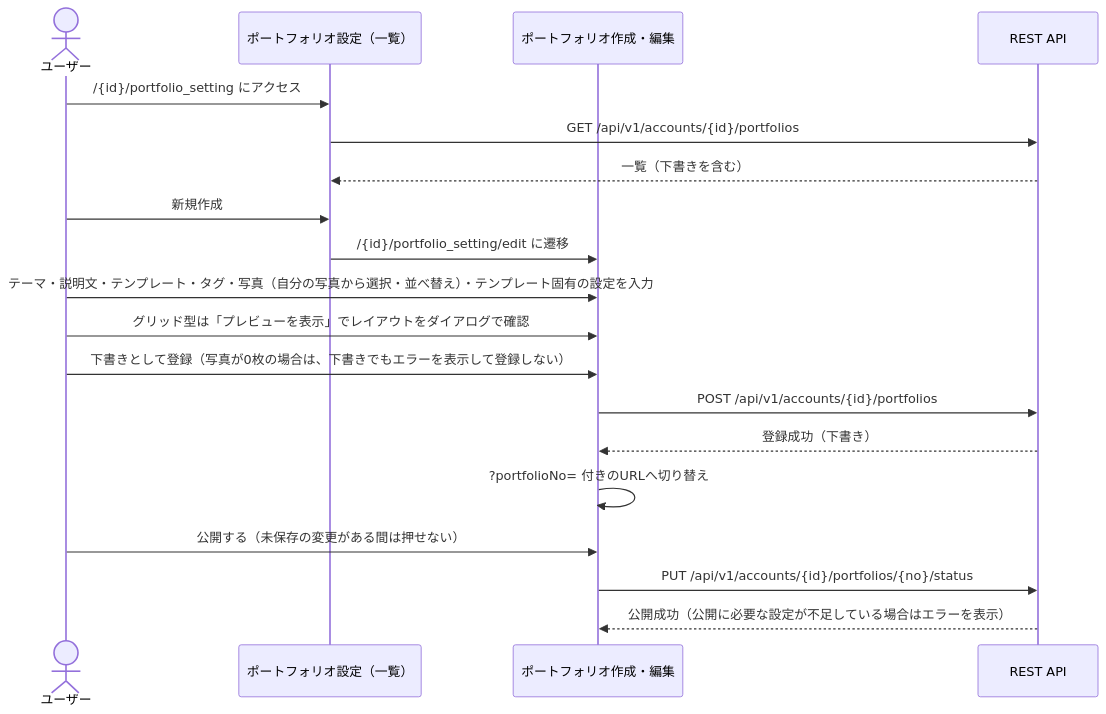
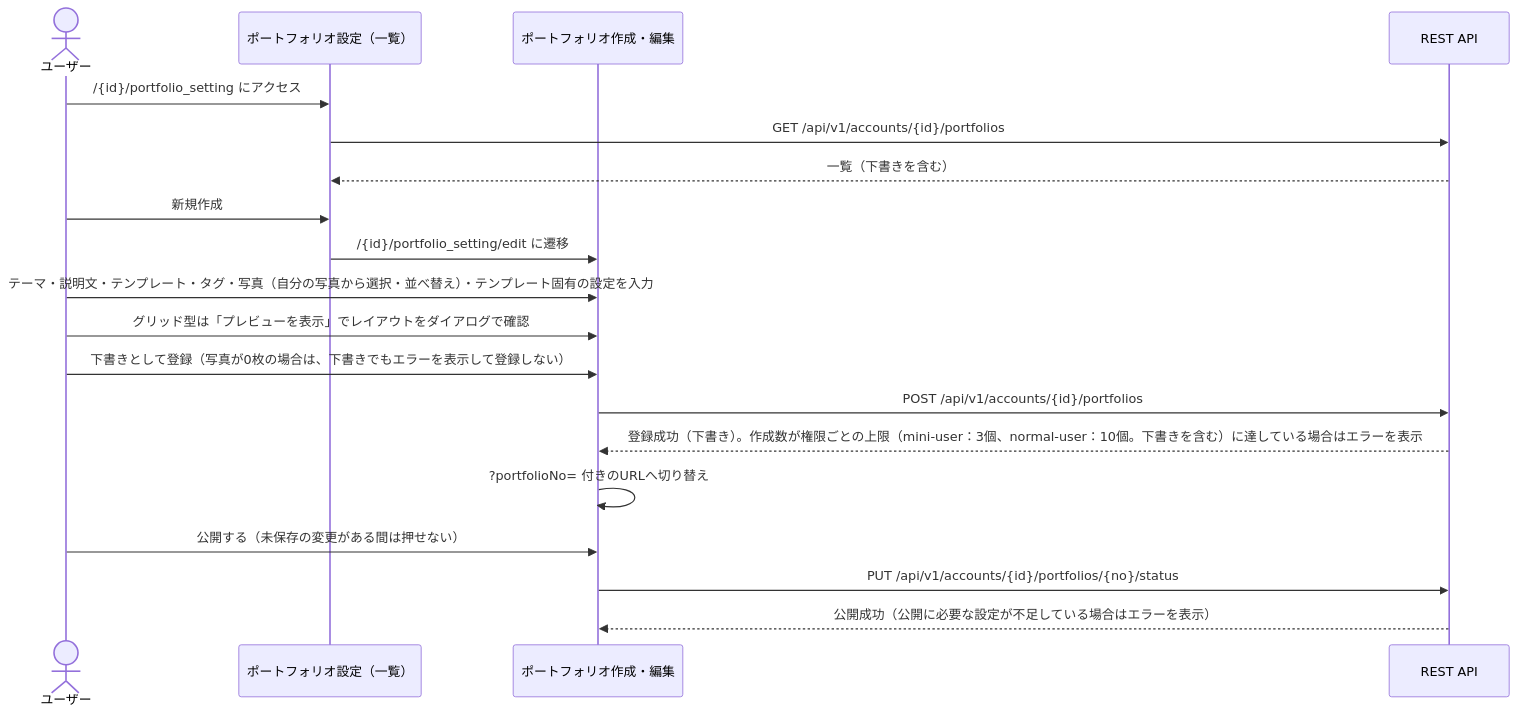
The fifth of 10 diagrams in doc/view/screen-transition.md (KentoKodama214/WebGallery), drawn with Mermaid before and after one commit. The commit also changed 2 other files, not shown here.

Commit message:
feat(portfolio-ui): follow the new photo/tag limits and show the portfolio limit error
- Allow selecting up to 200 photos and adding up to 30 tags
- Show the backend message when the portfolio limit is reached

````diff
--- a/doc/view/screen-transition.md
+++ b/doc/view/screen-transition.md
@@ -209,22 +209,22 @@
 ```mermaid
 sequenceDiagram
     actor User as ユーザー
     participant List as ポートフォリオ設定（一覧）
     participant Edit as ポートフォリオ作成・編集
     participant API as REST API
 
     User->>List: /{id}/portfolio_setting にアクセス
     List->>API: GET /api/v1/accounts/{id}/portfolios
     API-->>List: 一覧（下書きを含む）
     User->>List: 新規作成
     List->>Edit: /{id}/portfolio_setting/edit に遷移
     User->>Edit: テーマ・説明文・テンプレート・タグ・写真（自分の写真から選択・並べ替え）・テンプレート固有の設定を入力
     User->>Edit: グリッド型は「プレビューを表示」でレイアウトをダイアログで確認
     User->>Edit: 下書きとして登録（写真が0枚の場合は、下書きでもエラーを表示して登録しない）
     Edit->>API: POST /api/v1/accounts/{id}/portfolios
-    API-->>Edit: 登録成功（下書き）
+    API-->>Edit: 登録成功（下書き）。作成数が権限ごとの上限（mini-user：3個、normal-user：10個。下書きを含む）に達している場合はエラーを表示
     Edit->>Edit: ?portfolioNo= 付きのURLへ切り替え
     User->>Edit: 公開する（未保存の変更がある間は押せない）
     Edit->>API: PUT /api/v1/accounts/{id}/portfolios/{no}/status
     API-->>Edit: 公開成功（公開に必要な設定が不足している場合はエラーを表示）
 ```
````
